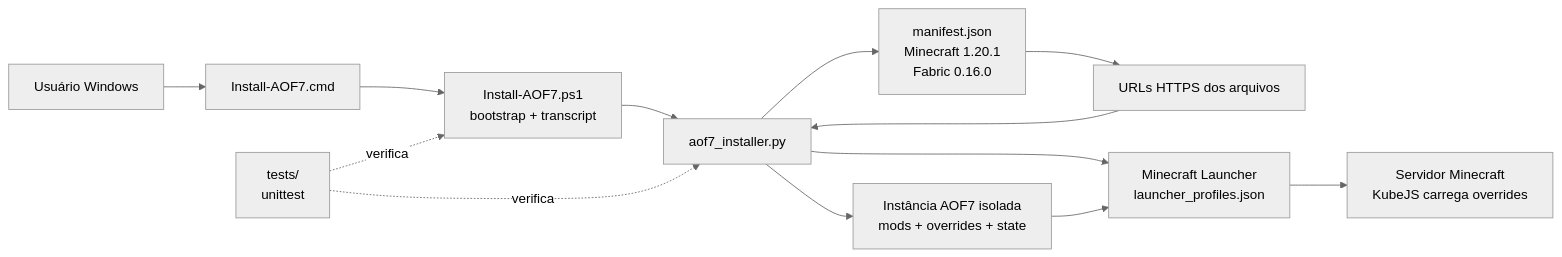
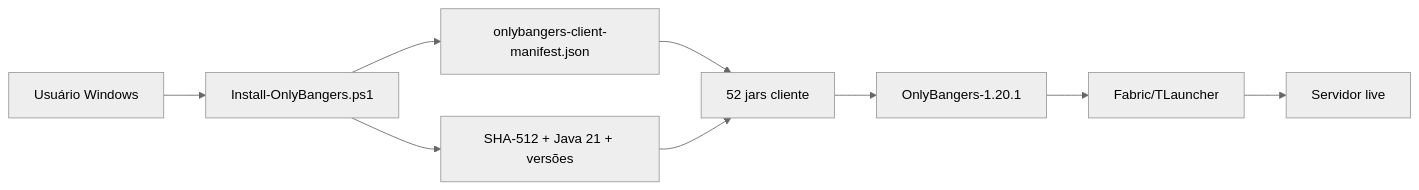
The third of 6 diagrams in docs/architecture.md (venysssssssssss/only-bangers-mine-server), drawn with Mermaid (neutral theme) before and after one commit. The commit also changed other lines of this file and 11 other files, not shown here.

Commit message:
docs: document live OnlyBangers server

````diff
--- a/docs/architecture.md
+++ b/docs/architecture.md
@@ -10,24 +73,11 @@
 ```mermaid
 flowchart LR
-    User[Usuário Windows]
-    Cmd[Install-AOF7.cmd]
-    Ps[Install-AOF7.ps1<br/>bootstrap + transcript]
-    Py[aof7_installer.py]
-    Manifest[manifest.json<br/>Minecraft 1.20.1<br/>Fabric 0.16.0]
-    Sources[URLs HTTPS dos arquivos]
-    Output[Instância AOF7 isolada<br/>mods + overrides + state]
-    Launcher[Minecraft Launcher<br/>launcher_profiles.json]
-    Server[Servidor Minecraft<br/>KubeJS carrega overrides]
-    Tests[tests/<br/>unittest]
-
-    User --> Cmd --> Ps --> Py
-    Py --> Manifest
-    Manifest --> Sources
-    Sources --> Py
-    Py --> Output
-    Py --> Launcher
-    Output --> Launcher
-    Launcher --> Server
-    Tests -.verifica.-> Py
-    Tests -.verifica.-> Ps
+    User[Usuário Windows] --> PS[Install-OnlyBangers.ps1]
+    PS --> Manifest[onlybangers-client-manifest.json]
+    PS --> Hash[SHA-512 + Java 21 + versões]
+    Manifest --> Copy[52 jars cliente]
+    Hash --> Copy
+    Copy --> Instance[OnlyBangers-1.20.1]
+    Instance --> Client
+    Client[Fabric/TLauncher] --> Server[Servidor live]
 ```
````
